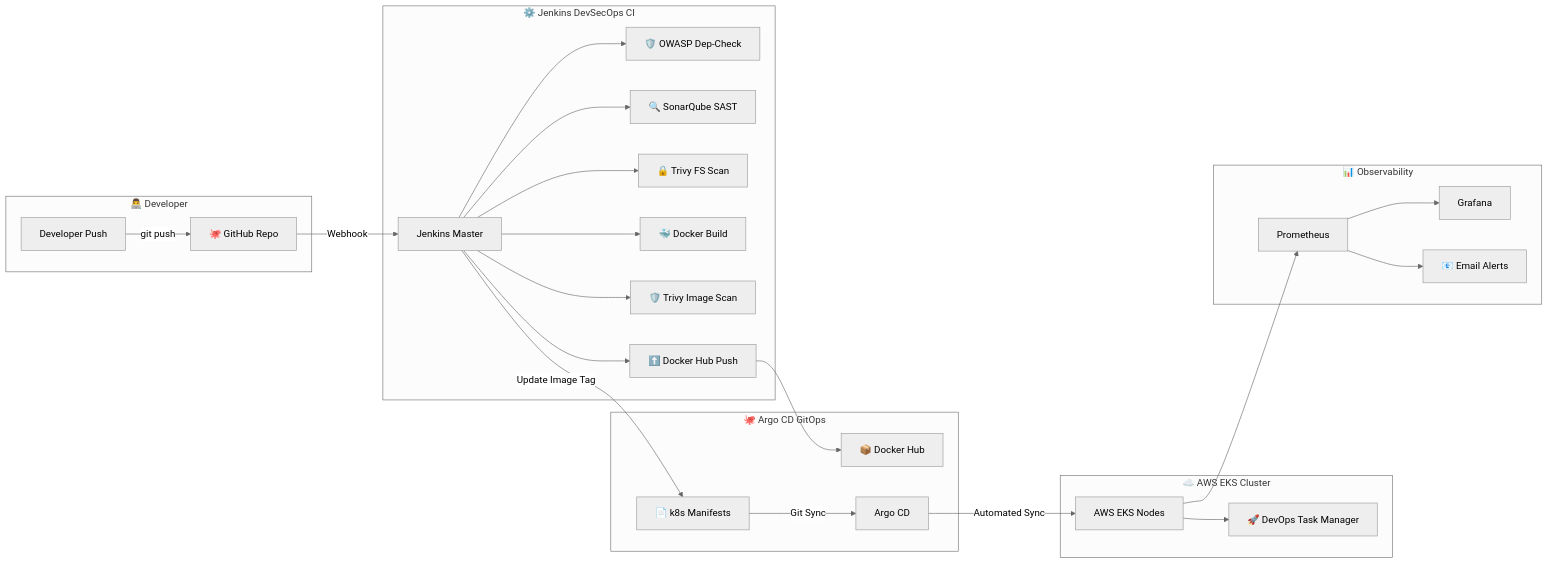
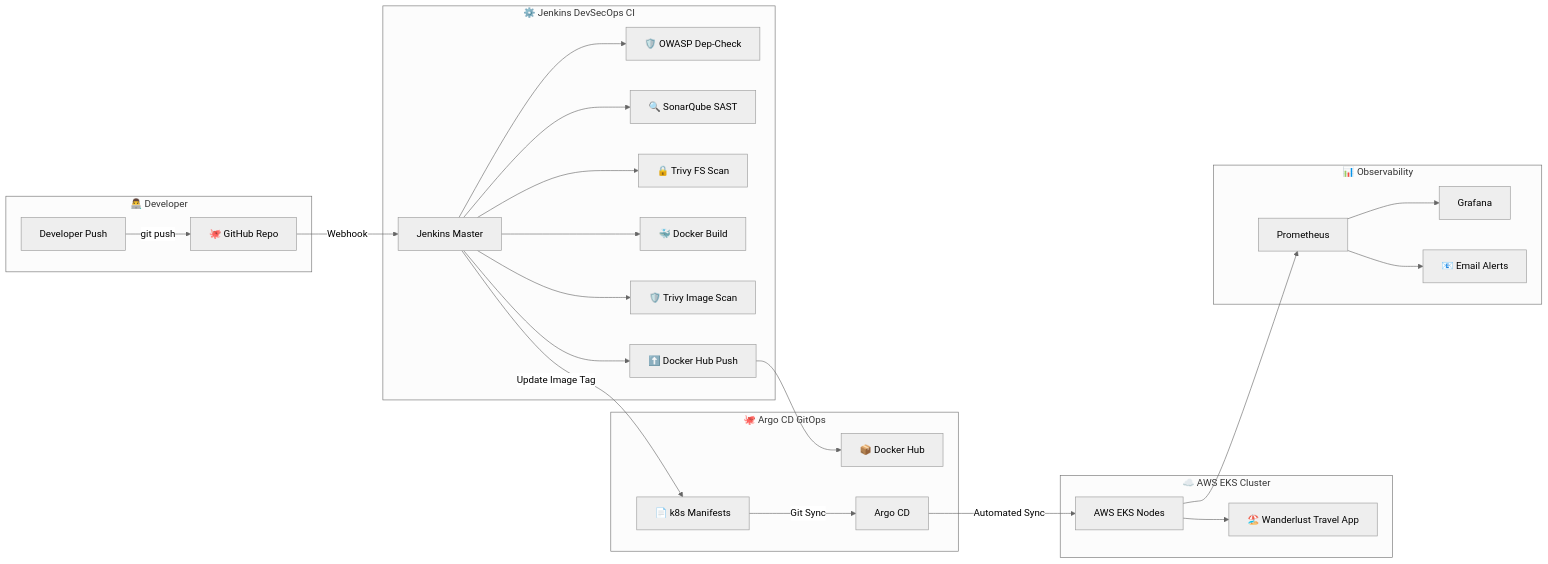
The diagram in README.md (AdvitaBhonde/devsecops-gitops-mega-project), drawn with Mermaid (neutral theme) before and after one commit. The commit also changed other lines of this file and 6 other files, not shown here.

Commit message:
Feat: Transform full-stack application into Wanderlust Travel & Vacation Platform

````diff
--- a/README.md
+++ b/README.md
@@ -16,33 +16,33 @@
 ```mermaid
 flowchart LR
     subgraph Developer_Workspace ["👨‍💻 Developer"]
         Dev["Developer Push"] -->|git push| GH["🐙 GitHub Repo"]
     end
 
     subgraph CI_Pipeline ["⚙️ Jenkins DevSecOps CI"]
         GH -->|Webhook| JNK["Jenkins Master"]
         JNK --> OWASP["🛡️ OWASP Dep-Check"]
         JNK --> SONAR["🔍 SonarQube SAST"]
         JNK --> TRIVY_FS["🔒 Trivy FS Scan"]
         JNK --> DOCKER_BUILD["🐳 Docker Build"]
         JNK --> TRIVY_IMG["🛡️ Trivy Image Scan"]
         JNK --> DOCKER_PUSH["⬆️ Docker Hub Push"]
     end
 
     subgraph GitOps_CD ["🐙 Argo CD GitOps"]
         DOCKER_PUSH --> DH["📦 Docker Hub"]
         JNK -->|Update Image Tag| MANIFESTS["📄 k8s Manifests"]
         MANIFESTS -->|Git Sync| ARGO["Argo CD"]
     end
 
     subgraph AWS_Infrastructure ["☁️ AWS EKS Cluster"]
         ARGO -->|Automated Sync| EKS["AWS EKS Nodes"]
-        EKS --> APP["🚀 DevOps Task Manager"]
+        EKS --> APP["🏖️ Wanderlust Travel App"]
     end
 
     subgraph Observability ["📊 Observability"]
         EKS --> PROM["Prometheus"]
         PROM --> GRAF["Grafana"]
         PROM --> EMAIL["📧 Email Alerts"]
     end
 ```
````
